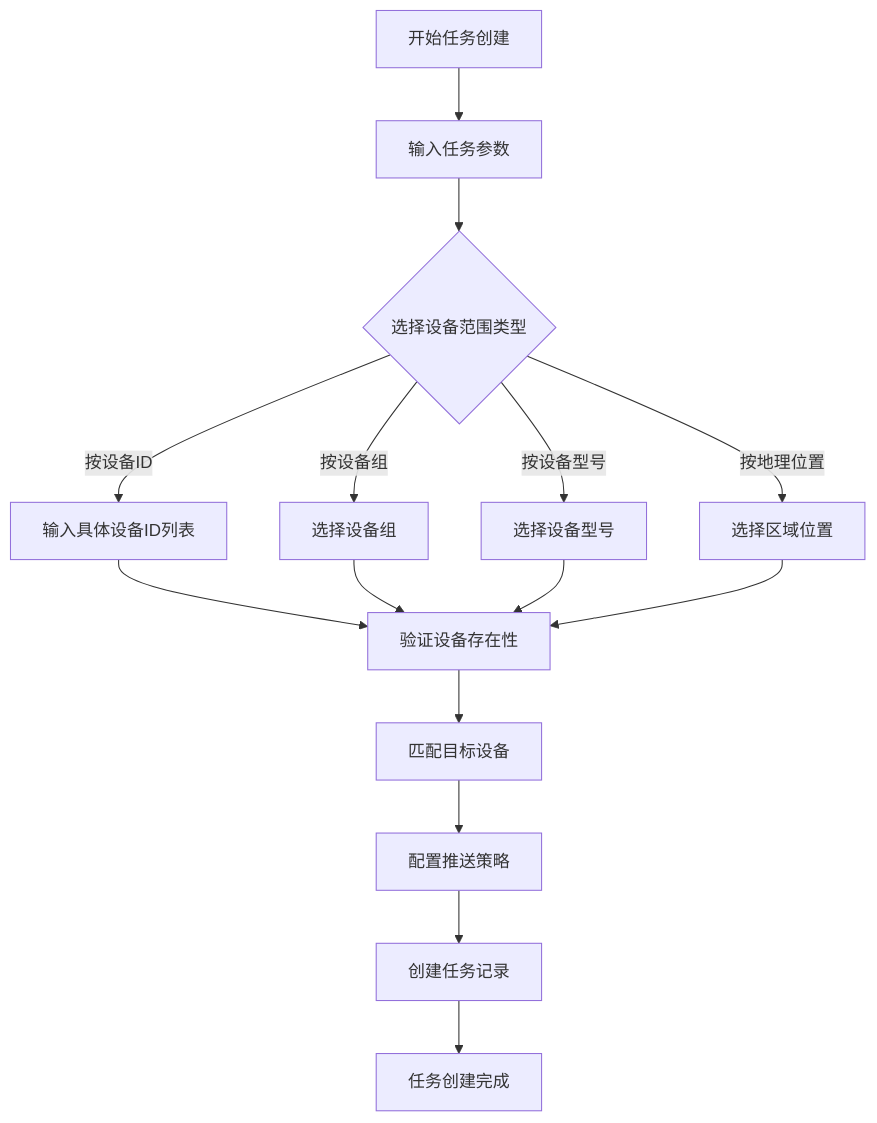
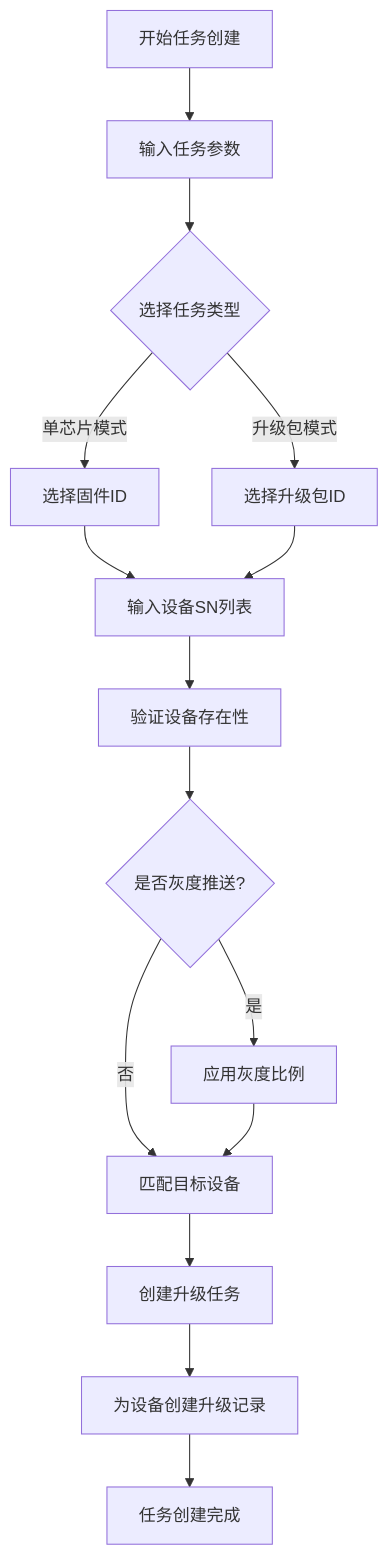
One commit to mcmrzy/cs_inv_monitor-develop changed the sixth of 18 diagrams in .qoder/repowiki/zh/content/OTA升级系统/OTA任务调度/OTA任务调度.md. Above: the diagram before and after it, drawn with Mermaid. The commit also changed other lines of this file and 128 other files, not shown here.

````diff
--- a/.qoder/repowiki/zh/content/OTA升级系统/OTA任务调度/OTA任务调度.md
+++ b/.qoder/repowiki/zh/content/OTA升级系统/OTA任务调度/OTA任务调度.md
@@ -287,17 +372,17 @@
 ```mermaid
 flowchart TD
 START[开始任务创建] --> INPUT[输入任务参数]
-INPUT --> RANGE_TYPE{选择设备范围类型}
-RANGE_TYPE --> |按设备ID| DEVICE_IDS[输入具体设备ID列表]
-RANGE_TYPE --> |按设备组| DEVICE_GROUPS[选择设备组]
-RANGE_TYPE --> |按设备型号| DEVICE_MODELS[选择设备型号]
-RANGE_TYPE --> |按地理位置| LOCATIONS[选择区域位置]
-DEVICE_IDS --> VALIDATE[验证设备存在性]
-DEVICE_GROUPS --> VALIDATE
-DEVICE_MODELS --> VALIDATE
-LOCATIONS --> VALIDATE
-VALIDATE --> MATCH_DEVICES[匹配目标设备]
-MATCH_DEVICES --> STRATEGY[配置推送策略]
-STRATEGY --> CREATE_TASK[创建任务记录]
-CREATE_TASK --> END[任务创建完成]
+INPUT --> TASK_TYPE{选择任务类型}
+TASK_TYPE --> |单芯片模式| SINGLE_FIRMWARE[选择固件ID]
+TASK_TYPE --> |升级包模式| PACKAGE_ID[选择升级包ID]
+SINGLE_FIRMWARE --> DEVICE_LIST[输入设备SN列表]
+PACKAGE_ID --> DEVICE_LIST
+DEVICE_LIST --> VALIDATE[验证设备存在性]
+VALIDATE --> GRAY_ROLL{是否灰度推送?}
+GRAY_ROLL --> |是| APPLY_ROLL[应用灰度比例]
+GRAY_ROLL --> |否| MATCH_DEVICES[匹配目标设备]
+APPLY_ROLL --> MATCH_DEVICES
+MATCH_DEVICES --> CREATE_TASK[创建升级任务]
+CREATE_TASK --> CREATE_UPGRADES[为设备创建升级记录]
+CREATE_UPGRADES --> END[任务创建完成]
 ```
````
